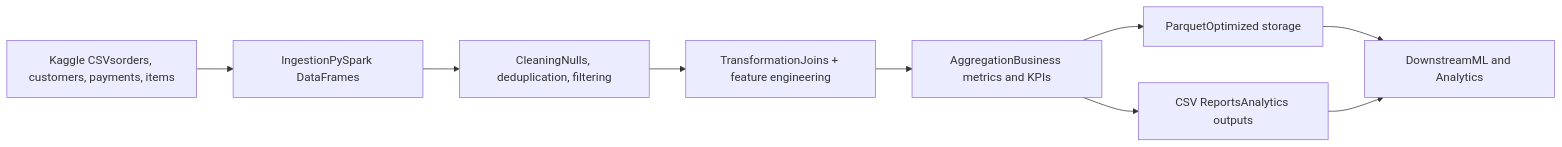
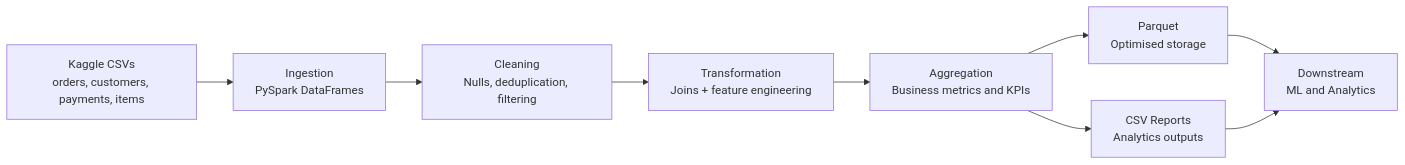
Before and after one commit to Anoushka210/ecommerce-etl-pipeline: the diagram in README.md, drawn with Mermaid. The commit also changed other lines of this file and 1 other file, not shown here.

Commit message:
Improve README, add cache and repartition to transformation

````diff
--- a/README.md
+++ b/README.md
@@ -4,11 +105,11 @@
 ```mermaid
 flowchart LR
-    A[Kaggle CSVsorders, customers, payments, items] --> B[IngestionPySpark DataFrames]
-    B --> C[CleaningNulls, deduplication, filtering]
-    C --> D[TransformationJoins + feature engineering]
-    D --> E[AggregationBusiness metrics and KPIs]
-    E --> F1[ParquetOptimized storage]
-    E --> F2[CSV ReportsAnalytics outputs]
-    F1 --> G[DownstreamML and Analytics]
+    A[Kaggle CSVs<br/>orders, customers, payments, items] --> B[Ingestion<br/>PySpark DataFrames]
+    B --> C[Cleaning<br/>Nulls, deduplication, filtering]
+    C --> D[Transformation<br/>Joins + feature engineering]
+    D --> E[Aggregation<br/>Business metrics and KPIs]
+    E --> F1[Parquet<br/>Optimised storage]
+    E --> F2[CSV Reports<br/>Analytics outputs]
+    F1 --> G[Downstream<br/>ML and Analytics]
     F2 --> G
 ```
````
